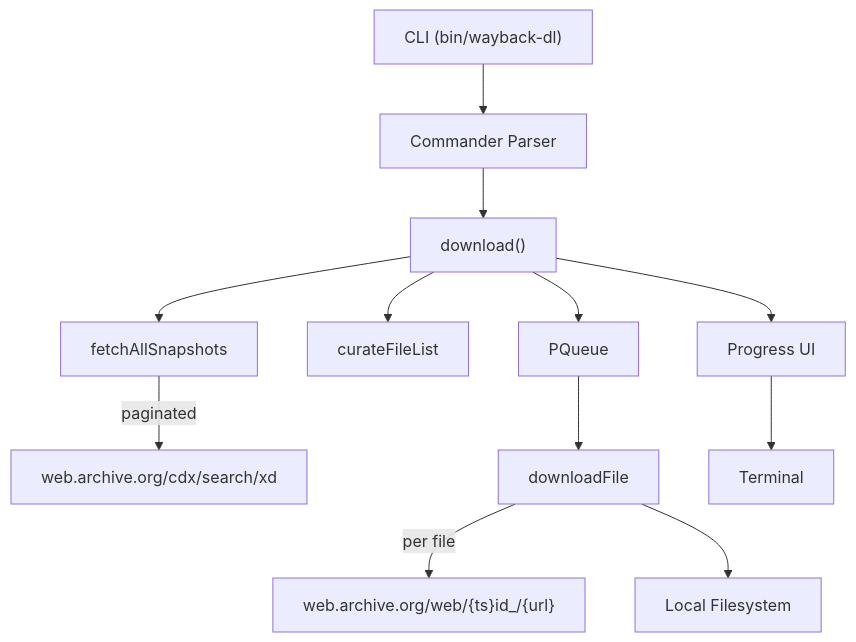
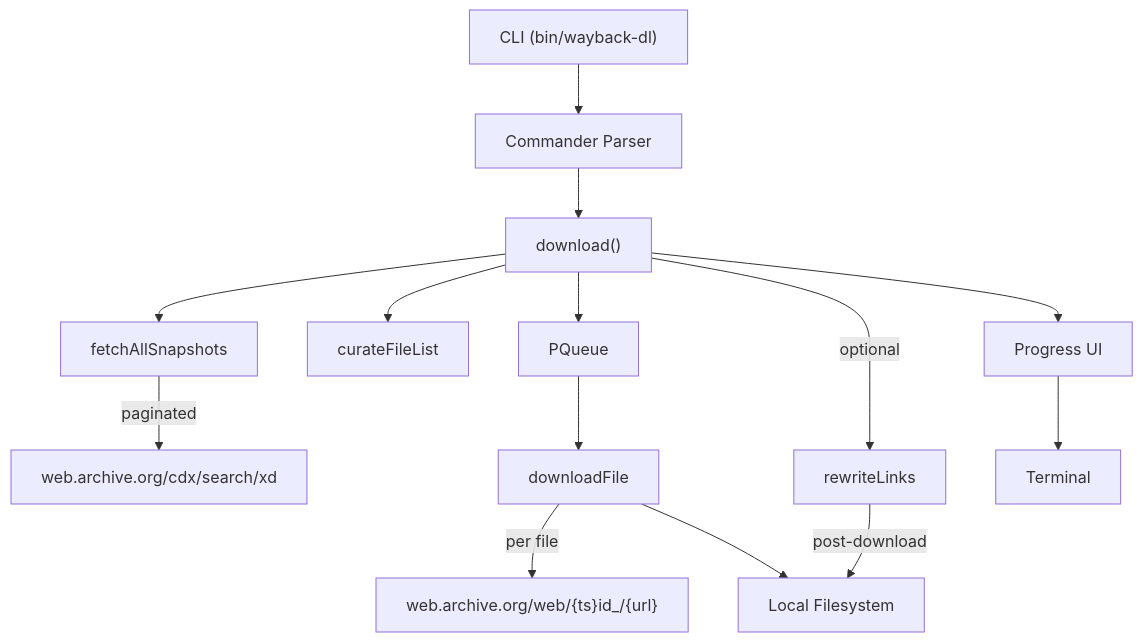
The diagram in .agents/ARCHITECTURE.md (tdlm/wayback-machine-downloader), drawn with Mermaid before and after one commit. The commit also changed other lines of this file and 9 other files, not shown here.

Commit message:
Implement link rewriting feature to convert absolute URLs to relative paths in downloaded HTML and CSS files. Add `--rewrite-links` CLI option and update documentation accordingly. Bump version to 1.1.0.

````diff
--- a/.agents/ARCHITECTURE.md
+++ b/.agents/ARCHITECTURE.md
@@ -9,14 +9,16 @@
 ```mermaid
 flowchart TD
     CLI["CLI (bin/wayback-dl)"] --> Parser["Commander Parser"]
     Parser --> Downloader["download()"]
     Downloader --> CDX["fetchAllSnapshots"]
     Downloader --> Curate["curateFileList"]
     Downloader --> Queue["PQueue"]
     CDX -->|"paginated"| WaybackCDX["web.archive.org/cdx/search/xd"]
     Queue --> FileManager["downloadFile"]
     FileManager -->|"per file"| WaybackRaw["web.archive.org/web/{ts}id_/{url}"]
     FileManager --> Disk["Local Filesystem"]
+    Downloader -->|"optional"| LinkRewriter["rewriteLinks"]
+    LinkRewriter -->|"post-download"| Disk
     Progress["Progress UI"] --> Terminal["Terminal"]
     Downloader --> Progress
 ```
````
